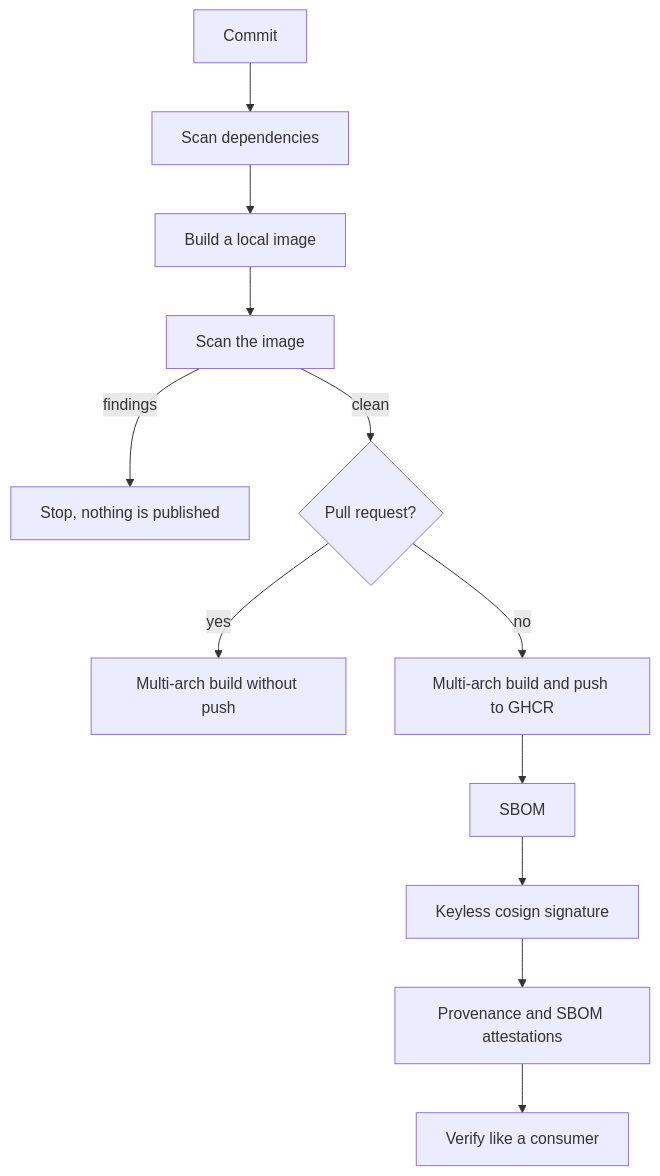
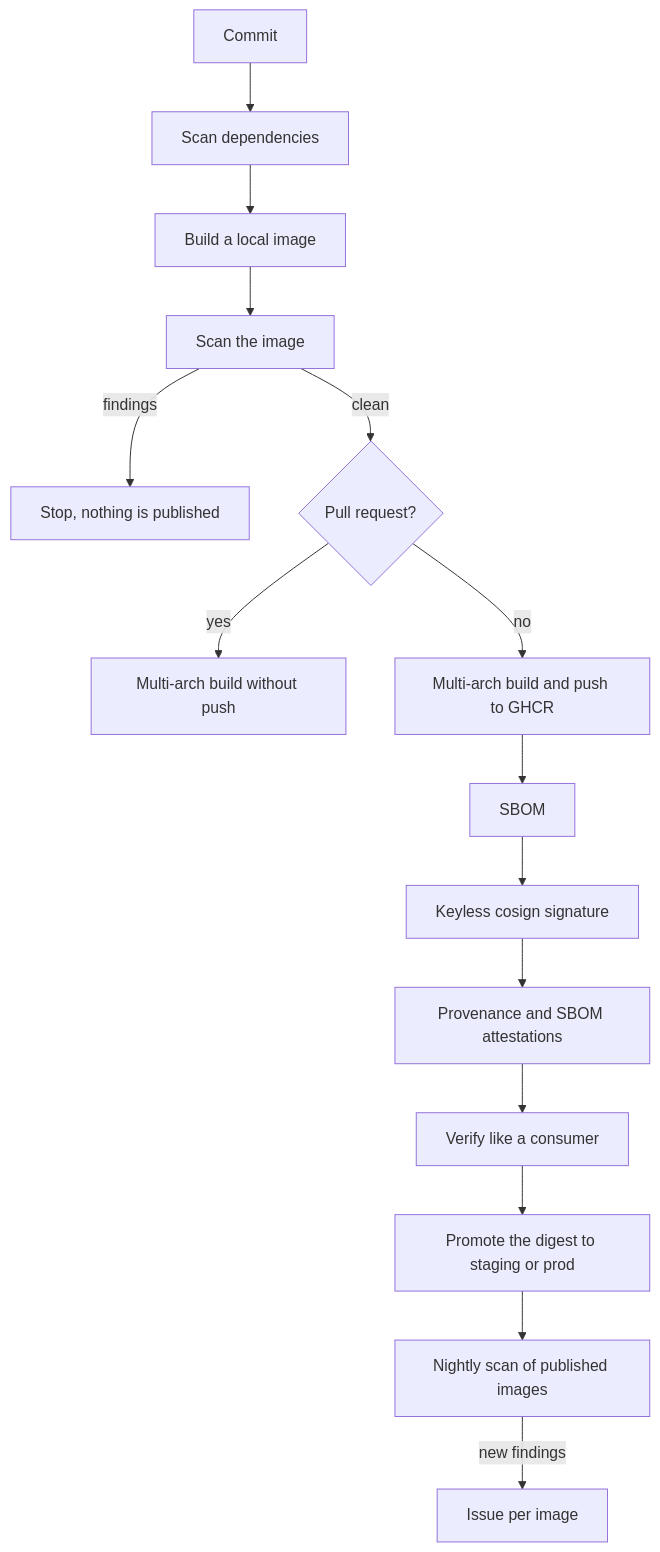
The second of 3 diagrams in docs/architecture.md (Megjafari/platform-pipelines), drawn with Mermaid before and after one commit. The commit also changed other lines of this file and 1 other file, not shown here.

Commit message:
docs: document container promote and scheduled scan

````diff
--- a/docs/architecture.md
+++ b/docs/architecture.md
@@ -38,14 +39,17 @@
 ```mermaid
 flowchart TD
     commit[Commit] --> fs[Scan dependencies]
     fs --> local[Build a local image]
     local --> scan[Scan the image]
     scan -->|findings| stop[Stop, nothing is published]
     scan -->|clean| pr{Pull request?}
     pr -->|yes| build[Multi-arch build without push]
     pr -->|no| push[Multi-arch build and push to GHCR]
     push --> sbom[SBOM]
     sbom --> sign[Keyless cosign signature]
     sign --> attest[Provenance and SBOM attestations]
     attest --> verify[Verify like a consumer]
+    verify --> promote[Promote the digest to staging or prod]
+    promote --> nightly[Nightly scan of published images]
+    nightly -->|new findings| issue[Issue per image]
 ```
````
